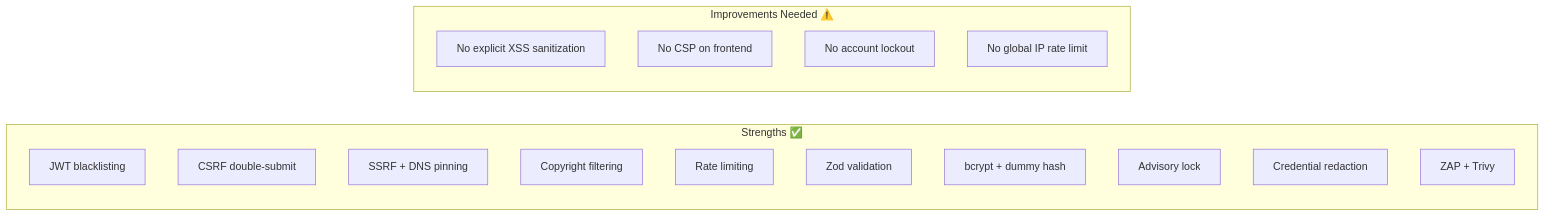
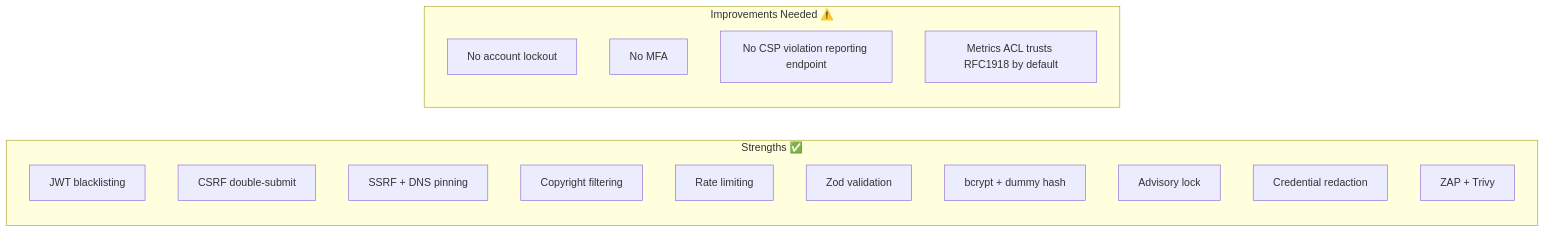
Diagram 23 of 23 in ARCHITECTURE.md (Jessi-John/CinematicAI-Studio), drawn with Mermaid before and after one commit. The commit also changed other lines of this file and 39 other files, not shown here.

````diff
--- a/ARCHITECTURE.md
+++ b/ARCHITECTURE.md
@@ -746,22 +748,22 @@
 ```mermaid
 graph LR
     subgraph "Strengths ✅"
         S1["JWT blacklisting"]
         S2["CSRF double-submit"]
         S3["SSRF + DNS pinning"]
         S4["Copyright filtering"]
         S5["Rate limiting"]
         S6["Zod validation"]
         S7["bcrypt + dummy hash"]
         S8["Advisory lock"]
         S9["Credential redaction"]
         S10["ZAP + Trivy"]
     end
 
     subgraph "Improvements Needed ⚠️"
-        I1["No explicit XSS sanitization"]
-        I2["No CSP on frontend"]
-        I3["No account lockout"]
-        I4["No global IP rate limit"]
+        I1["No account lockout"]
+        I2["No MFA"]
+        I3["No CSP violation reporting endpoint"]
+        I4["Metrics ACL trusts RFC1918 by default"]
     end
 ```
````
